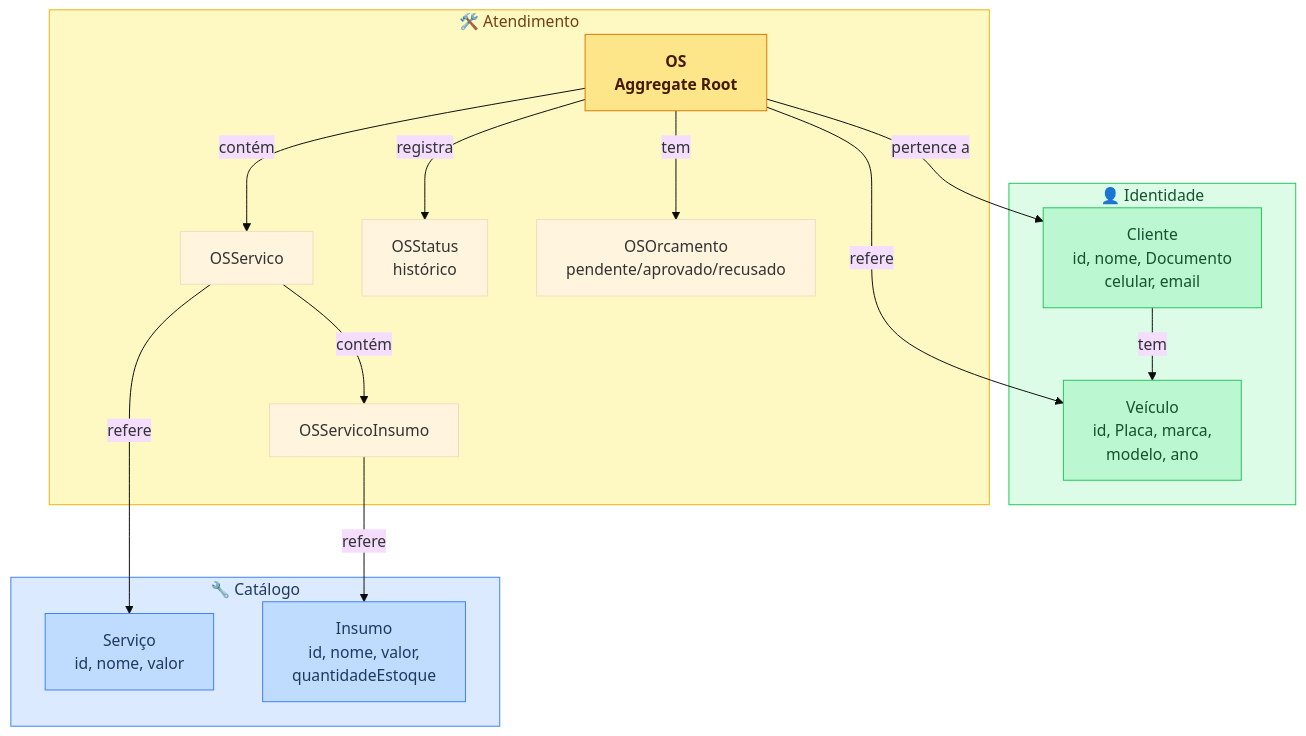
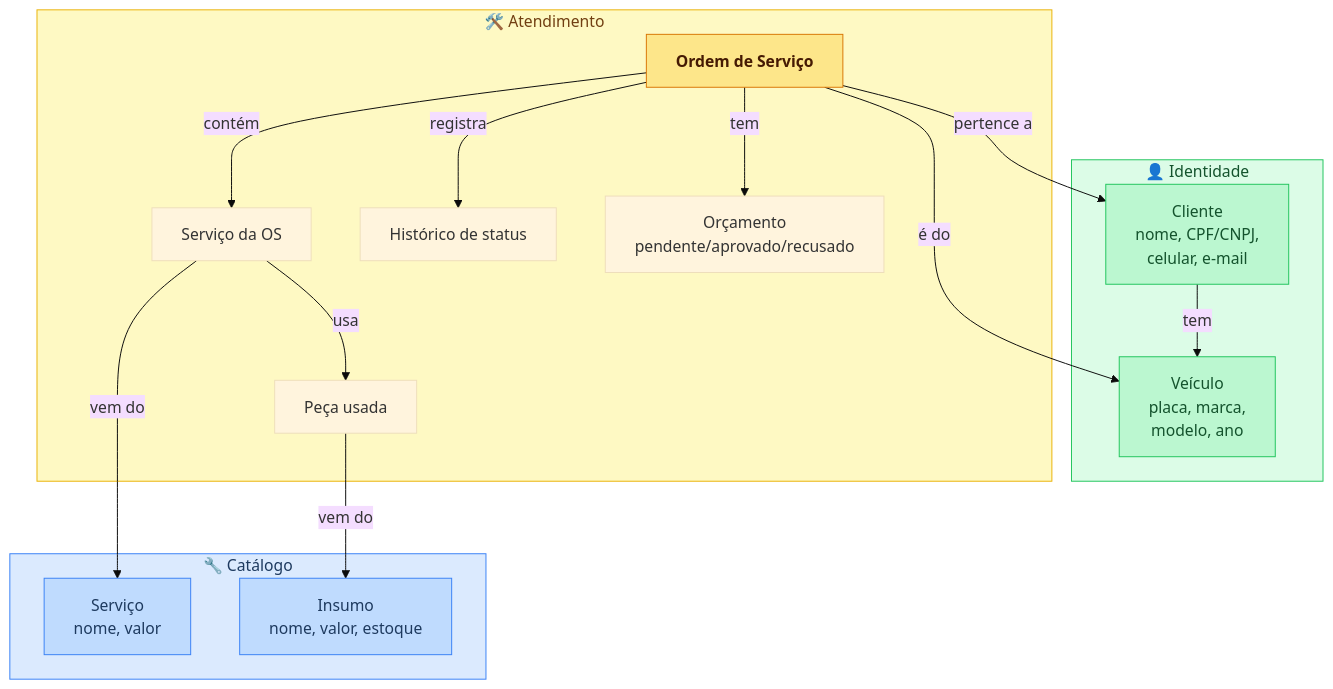
Before and after one commit to Lorenalgm/oficina_mecanica: the second of 3 diagrams in README.md, drawn with Mermaid (base theme). The commit also changed other lines of this file and 6 other files, not shown here.

First line of the commit message:
docs: README da Fase 3, diagrama ER e diagramas revisados

````diff
--- a/README.md
+++ b/README.md
@@ -78,35 +186,35 @@
 ```mermaid
 graph TD
     subgraph CAT["🔧 Catálogo"]
-        S[Serviço\nid, nome, valor]
-        I[Insumo\nid, nome, valor,\nquantidadeEstoque]
+        S[Serviço\nnome, valor]
+        I[Insumo\nnome, valor, estoque]
     end
     subgraph ID["👤 Identidade"]
-        C[Cliente\nid, nome, Documento\ncelular, email]
-        V[Veículo\nid, Placa, marca,\nmodelo, ano]
+        C[Cliente\nnome, CPF/CNPJ,\ncelular, e-mail]
+        V[Veículo\nplaca, marca,\nmodelo, ano]
         C -- tem --> V
     end
     subgraph AT["🛠️ Atendimento"]
-        OS[OS\nAggregate Root]
-        OSS[OSServico]
-        OSSI[OSServicoInsumo]
-        OSH[OSStatus\nhistórico]
-        OSO[OSOrcamento\npendente/aprovado/recusado]
+        OS[Ordem de Serviço]
+        OSS[Serviço da OS]
+        OSSI[Peça usada]
+        OSH[Histórico de status]
+        OSO[Orçamento\npendente/aprovado/recusado]
         OS -- contém --> OSS
-        OSS -- contém --> OSSI
+        OSS -- usa --> OSSI
         OS -- registra --> OSH
         OS -- tem --> OSO
     end
     OS -- pertence a --> C
-    OS -- refere --> V
-    OSS -- refere --> S
-    OSSI -- refere --> I
+    OS -- é do --> V
+    OSS -- vem do --> S
+    OSSI -- vem do --> I
     style CAT fill:#dbeafe,stroke:#3b82f6,color:#1e3a5f
     style ID  fill:#dcfce7,stroke:#22c55e,color:#14532d
     style AT  fill:#fef9c3,stroke:#eab308,color:#713f12
     style OS  fill:#fde68a,stroke:#d97706,color:#451a03,font-weight:bold
     style S   fill:#bfdbfe,stroke:#3b82f6,color:#1e3a5f
     style I   fill:#bfdbfe,stroke:#3b82f6,color:#1e3a5f
     style C   fill:#bbf7d0,stroke:#22c55e,color:#14532d
     style V   fill:#bbf7d0,stroke:#22c55e,color:#14532d
 ```
````
